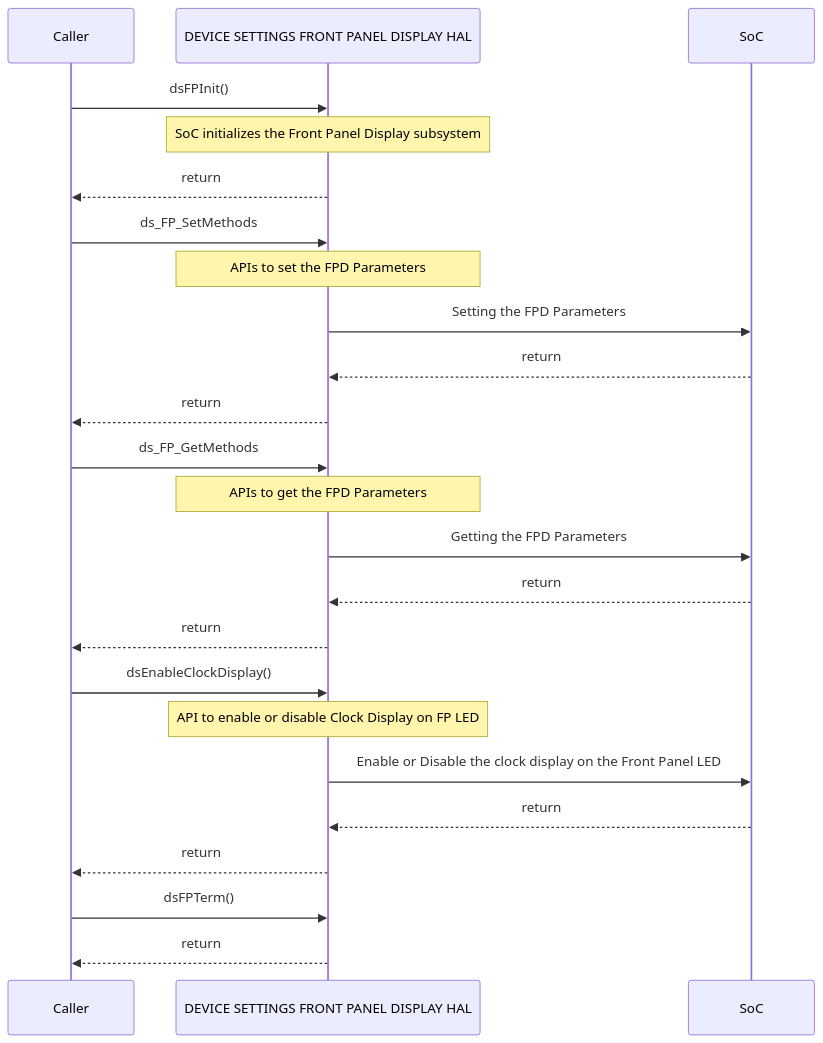
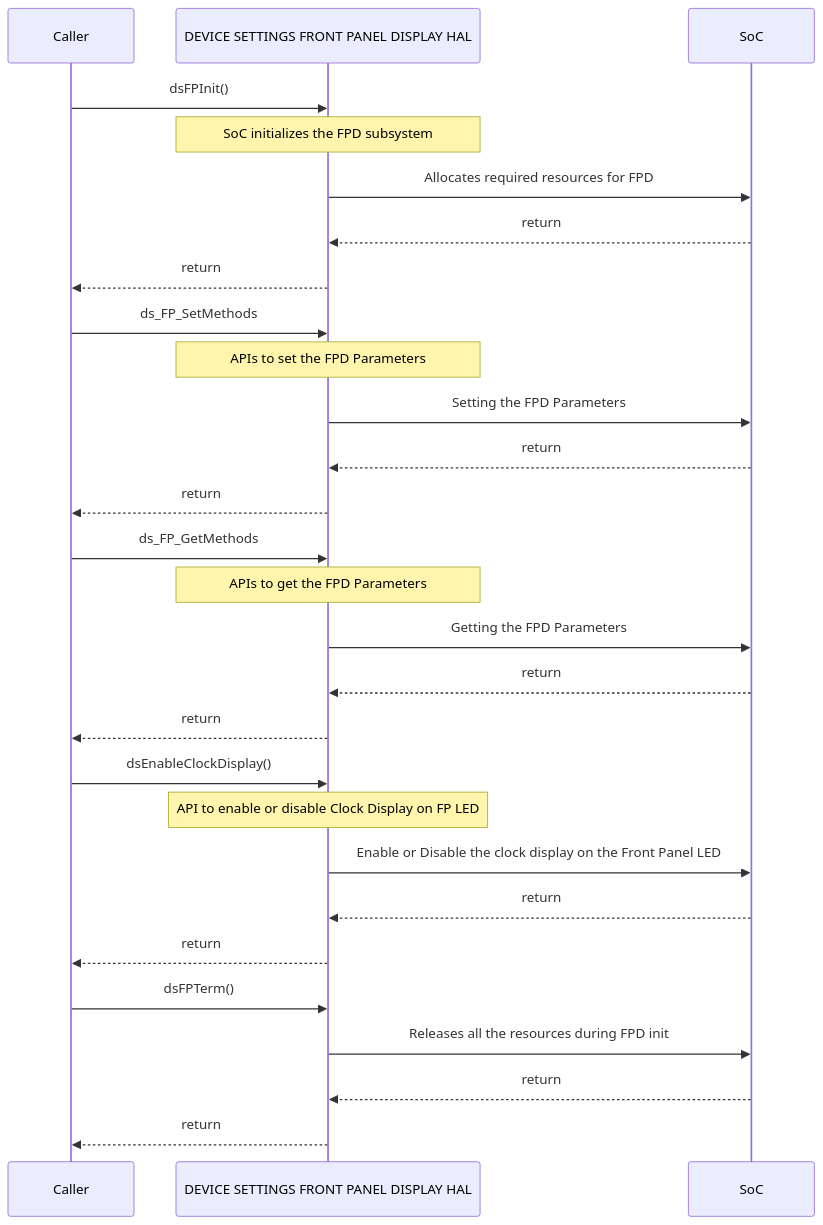
The second of 2 diagrams in docs/pages/FrontPanelDisplay_halSpec.md (rdkcentral/rdk-halif-device_settings), drawn with Mermaid before and after one commit. The commit also changed other lines of this file and 19 other files, not shown here.

````diff
--- a/docs/pages/FrontPanelDisplay_halSpec.md
+++ b/docs/pages/FrontPanelDisplay_halSpec.md
@@ -177,28 +178,32 @@
 ```mermaid
 %%{ init : { "theme" : "default", "flowchart" : { "curve" : "stepBefore" }}}%%
    sequenceDiagram
     participant Caller as Caller
     participant HAL as DEVICE SETTINGS FRONT PANEL DISPLAY HAL
     participant Driver as SoC
     Caller->>HAL:dsFPInit()
-    Note over HAL: SoC initializes the Front Panel Display subsystem
+    Note over HAL: SoC initializes the FPD subsystem
+    HAL->>Driver: Allocates required resources for FPD
+    Driver-->>HAL:return
     HAL-->>Caller:return
     Caller->>HAL: ds_FP_SetMethods
     Note over HAL: APIs to set the FPD Parameters
     HAL->>Driver:Setting the FPD Parameters
     Driver-->>HAL:return
     HAL-->>Caller:return
     Caller->>HAL: ds_FP_GetMethods
     Note over HAL: APIs to get the FPD Parameters
     HAL->>Driver:Getting the FPD Parameters
     Driver-->>HAL:return
     HAL-->>Caller:return
     Caller->>HAL:dsEnableClockDisplay()
     Note over HAL: API to enable or disable Clock Display on FP LED
     HAL->>Driver: Enable or Disable the clock display on the Front Panel LED
     Driver-->>HAL:return
     HAL-->>Caller:return
     Caller ->>HAL:dsFPTerm()
+    HAL ->> Driver: Releases all the resources during FPD init
+    Driver-->>HAL:return
     HAL-->>Caller:return
 
  ```
````
